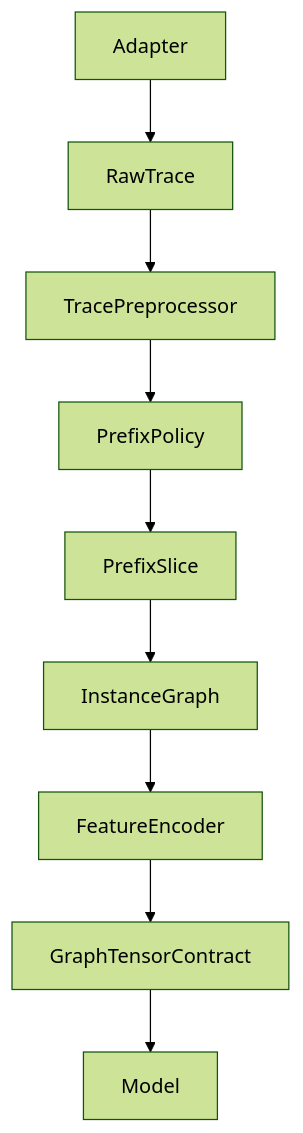
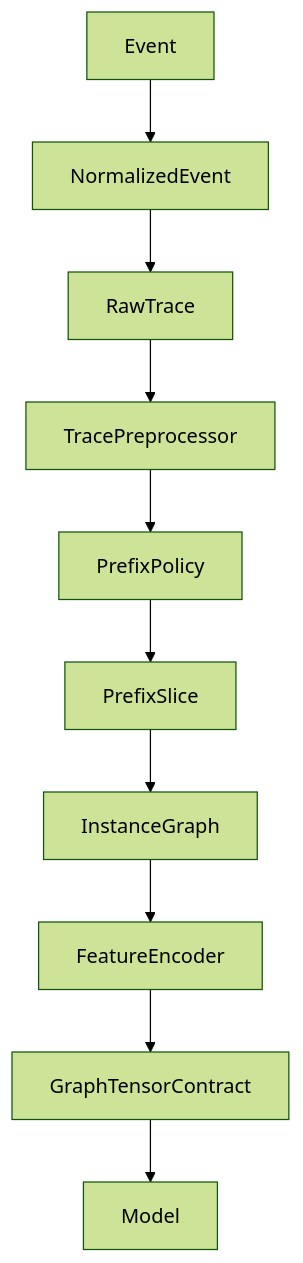
The fifth of 7 diagrams in ARCHITECTURE_MVP1.MD (ghsrg/bpm_prediction), drawn with Mermaid (forest theme) before and after one commit. The commit also changed other lines of this file and 1 other file, not shown here.

Commit message:
Updated Data model and add architecture mvp1 final

````diff
--- a/ARCHITECTURE_MVP1.MD
+++ b/ARCHITECTURE_MVP1.MD
@@ -205,11 +205,12 @@
 ```mermaid
 flowchart TD
-    Adapter --> RawTrace
+    Event --> NormalizedEvent
+    NormalizedEvent --> RawTrace
     RawTrace --> TracePreprocessor
     TracePreprocessor --> PrefixPolicy
     PrefixPolicy --> PrefixSlice
     PrefixSlice --> InstanceGraph
     InstanceGraph --> FeatureEncoder
     FeatureEncoder --> GraphTensorContract
     GraphTensorContract --> Model
 ```
````
